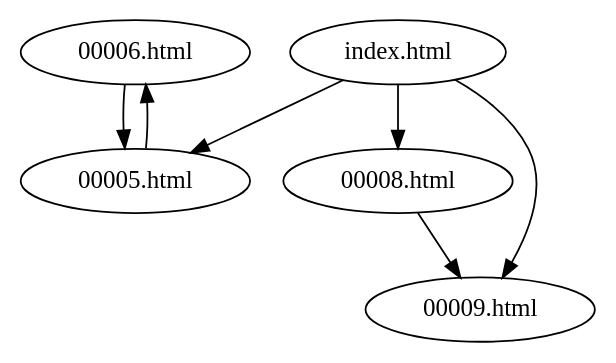
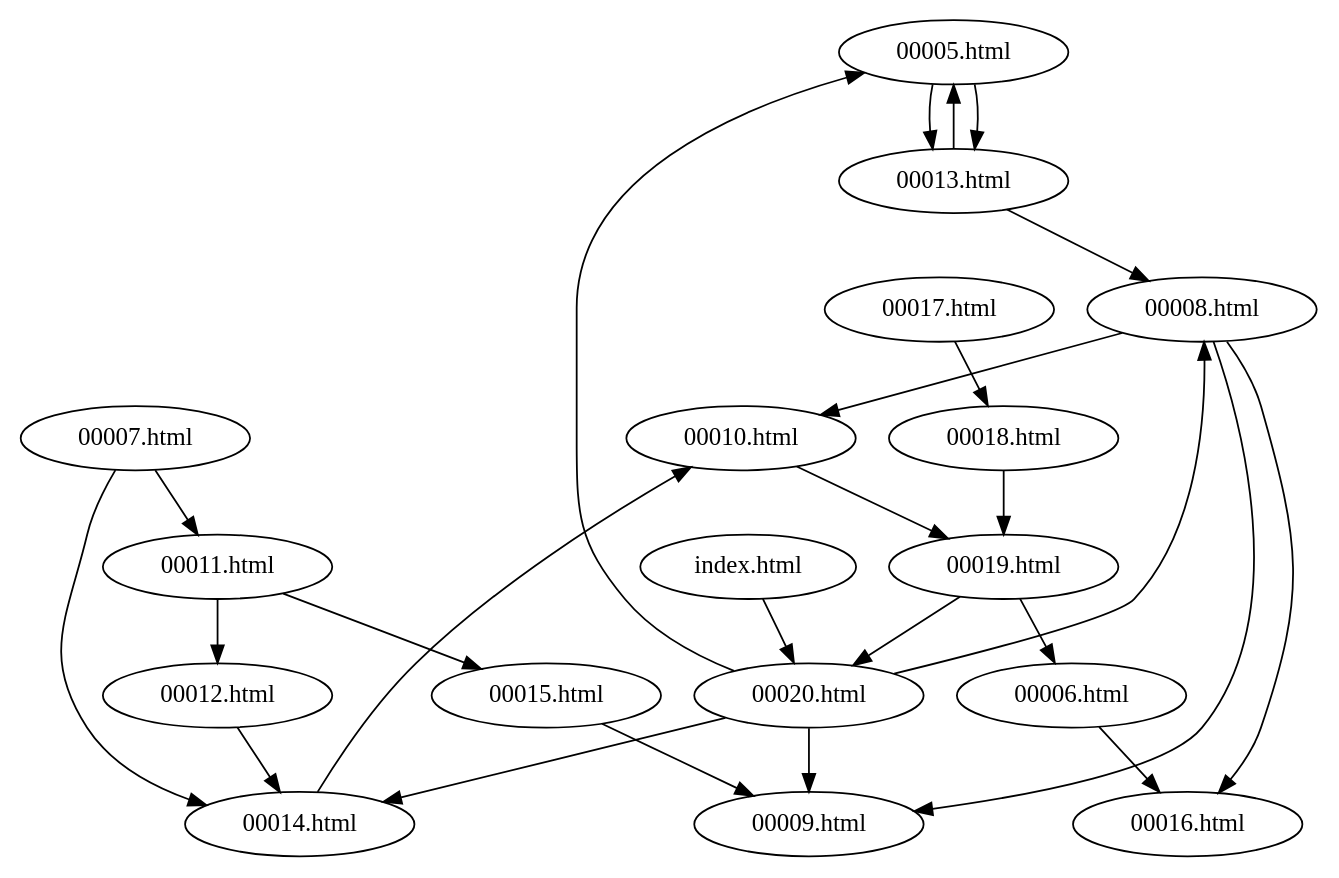
Before and after one commit to kvnchpl/jungle: the diagram in zine_graph.dot, drawn with Graphviz. The commit also changed 1 other file, not shown here.

```diff
--- a/zine_graph.dot
+++ b/zine_graph.dot
@@ -1,8 +1,44 @@
 digraph Zine {
-    "00006.html" -> "00005.html";
+    "00005.html";
+    "00006.html";
+    "00007.html";
+    "00008.html";
+    "00009.html";
+    "00010.html";
+    "00011.html";
+    "00012.html";
+    "00013.html";
+    "00014.html";
+    "00015.html";
+    "00016.html";
+    "00017.html";
+    "00018.html";
+    "00019.html";
+    "00020.html";
+    "index.html";
+    "00020.html" -> "00009.html";
+    "00020.html" -> "00005.html";
+    "00020.html" -> "00008.html";
+    "00020.html" -> "00014.html";
+    "00017.html" -> "00018.html";
+    "00010.html" -> "00019.html";
+    "00006.html" -> "00016.html";
+    "00007.html" -> "00011.html";
+    "00007.html" -> "00014.html";
+    "00011.html" -> "00012.html";
+    "00011.html" -> "00015.html";
+    "00012.html" -> "00014.html";
+    "00008.html" -> "00016.html";
     "00008.html" -> "00009.html";
-    "00005.html" -> "00006.html";
-    "index.html" -> "00009.html";
-    "index.html" -> "00005.html";
-    "index.html" -> "00008.html";
+    "00008.html" -> "00010.html";
+    "00013.html" -> "00005.html";
+    "00013.html" -> "00008.html";
+    "00005.html" -> "00013.html";
+    "00005.html" -> "00013.html";
+    "00018.html" -> "00019.html";
+    "00014.html" -> "00010.html";
+    "00015.html" -> "00009.html";
+    "00019.html" -> "00020.html";
+    "00019.html" -> "00006.html";
+    "index.html" -> "00020.html";
 }
```
